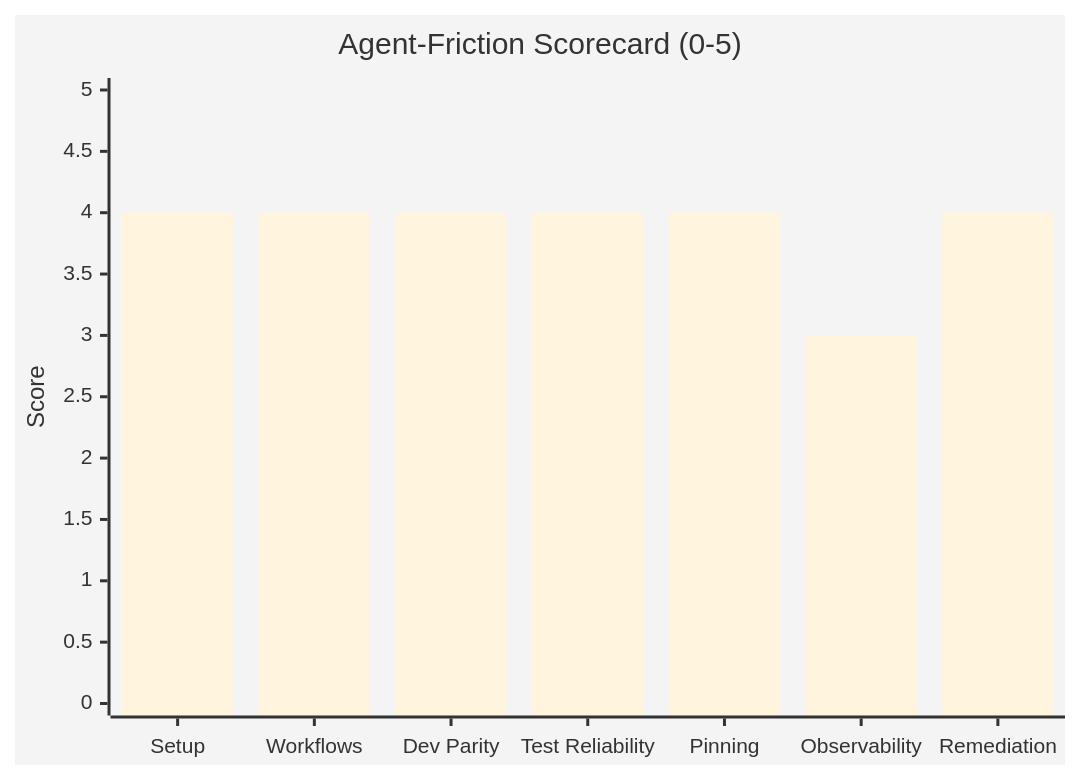
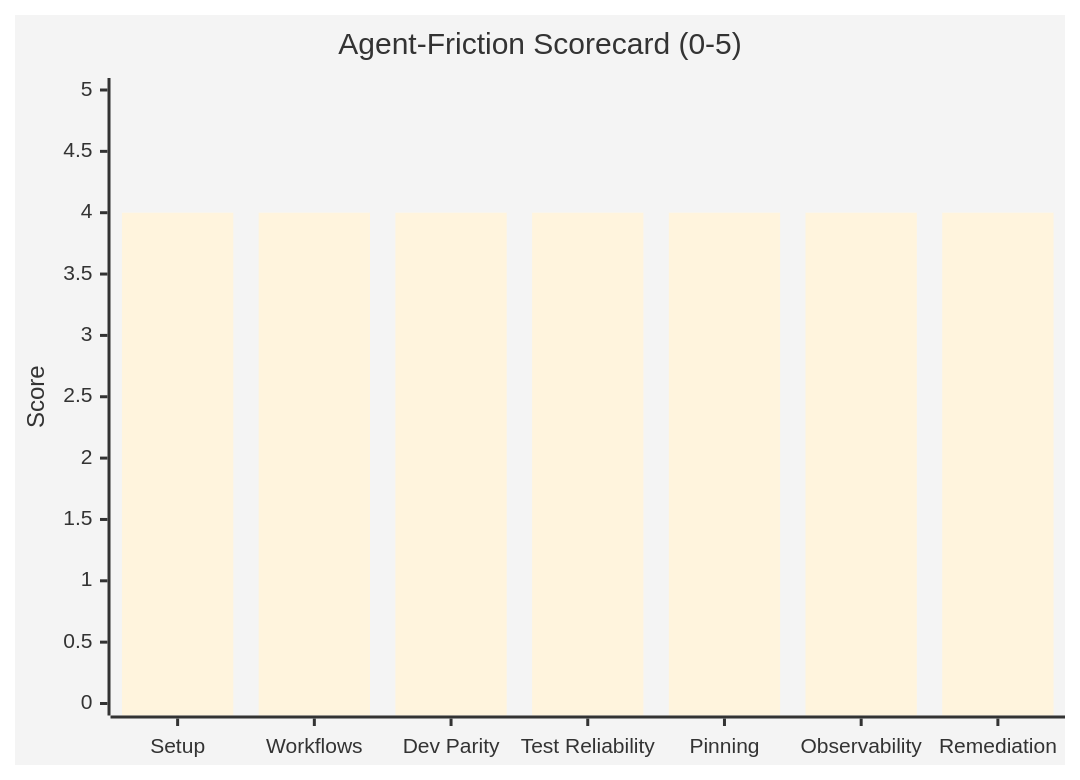
One commit to jbejenar/ripple-next changed the second of 10 diagrams in docs/product-roadmap/README.md. Above: the diagram before and after it, drawn with Mermaid. The commit also changed other lines of this file and 9 other files, not shown here.

````diff
--- a/docs/product-roadmap/README.md
+++ b/docs/product-roadmap/README.md
@@ -144,8 +144,8 @@
 ```mermaid
 %%{init: {'theme': 'base', 'themeVariables': {'primaryColor': '#6366f1'}}}%%
 xychart-beta
     title "Agent-Friction Scorecard (0-5)"
     x-axis ["Setup", "Workflows", "Dev Parity", "Test Reliability", "Pinning", "Observability", "Remediation"]
     y-axis "Score" 0 --> 5
-    bar [4, 4, 4, 4, 4, 3, 4]
+    bar [4, 4, 4, 4, 4, 4, 4]
 ```
````
